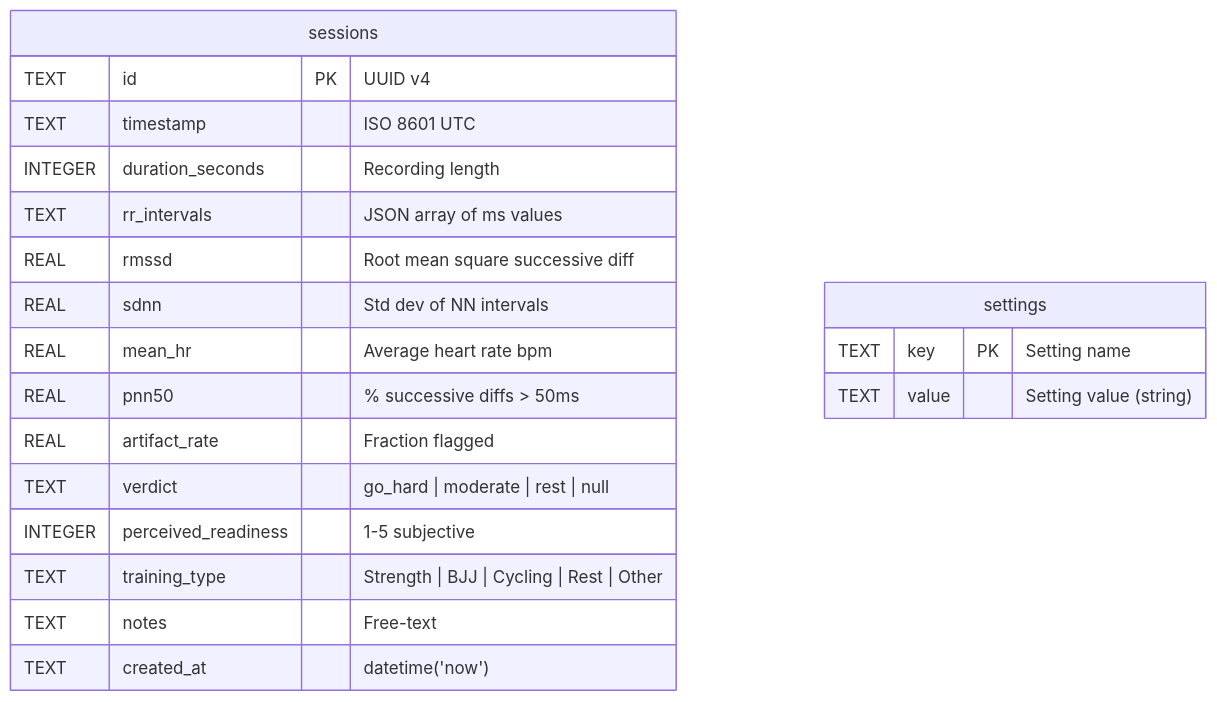
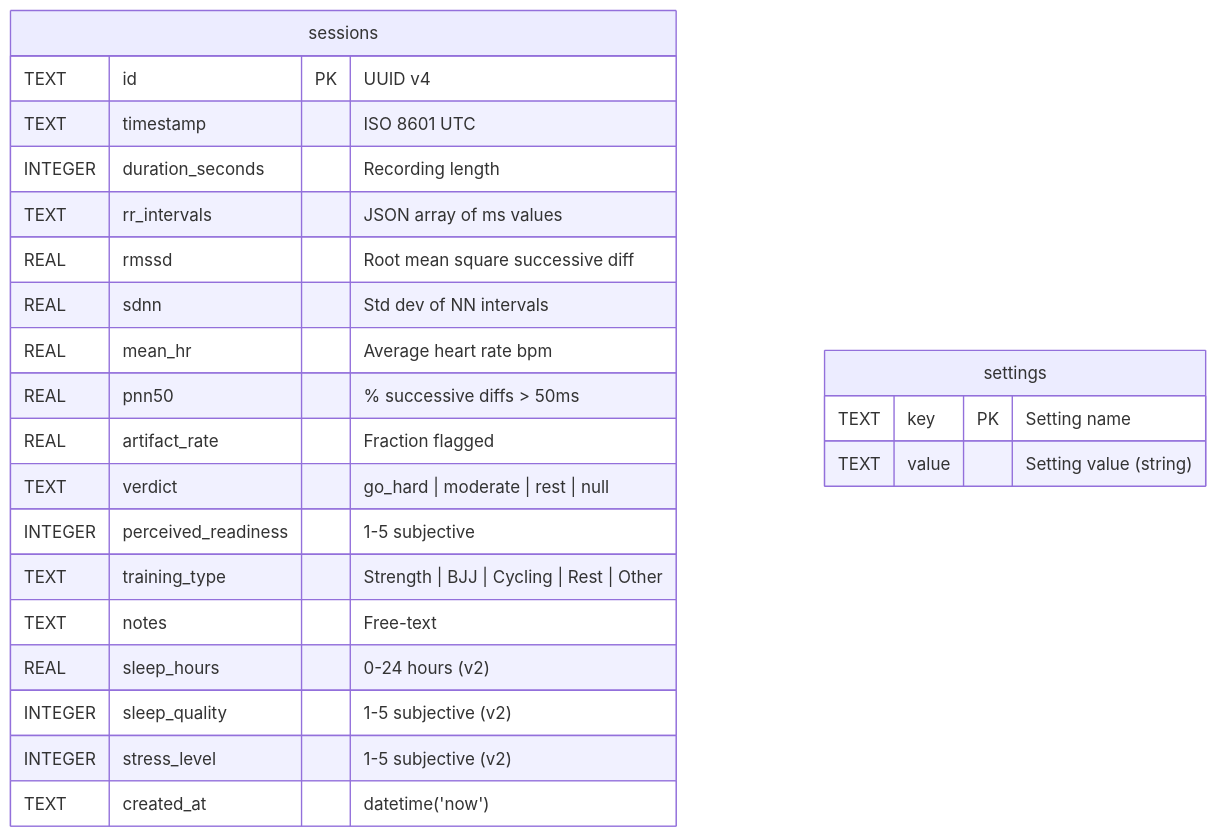
Before and after one commit to josedab/hrv-dashboard: the fifth of 7 diagrams in docs/ARCHITECTURE.md, drawn with Mermaid. The commit also changed other lines of this file and 2 other files, not shown here.

First line of the commit message:
docs: update README, API, and architecture documentation

````diff
--- a/docs/ARCHITECTURE.md
+++ b/docs/ARCHITECTURE.md
@@ -191,24 +191,27 @@
 ```mermaid
 erDiagram
     sessions {
         TEXT id PK "UUID v4"
         TEXT timestamp "ISO 8601 UTC"
         INTEGER duration_seconds "Recording length"
         TEXT rr_intervals "JSON array of ms values"
         REAL rmssd "Root mean square successive diff"
         REAL sdnn "Std dev of NN intervals"
         REAL mean_hr "Average heart rate bpm"
         REAL pnn50 "% successive diffs > 50ms"
         REAL artifact_rate "Fraction flagged"
         TEXT verdict "go_hard | moderate | rest | null"
         INTEGER perceived_readiness "1-5 subjective"
         TEXT training_type "Strength | BJJ | Cycling | Rest | Other"
         TEXT notes "Free-text"
+        REAL sleep_hours "0-24 hours (v2)"
+        INTEGER sleep_quality "1-5 subjective (v2)"
+        INTEGER stress_level "1-5 subjective (v2)"
         TEXT created_at "datetime('now')"
     }
 
     settings {
         TEXT key PK "Setting name"
         TEXT value "Setting value (string)"
     }
 ```
````
